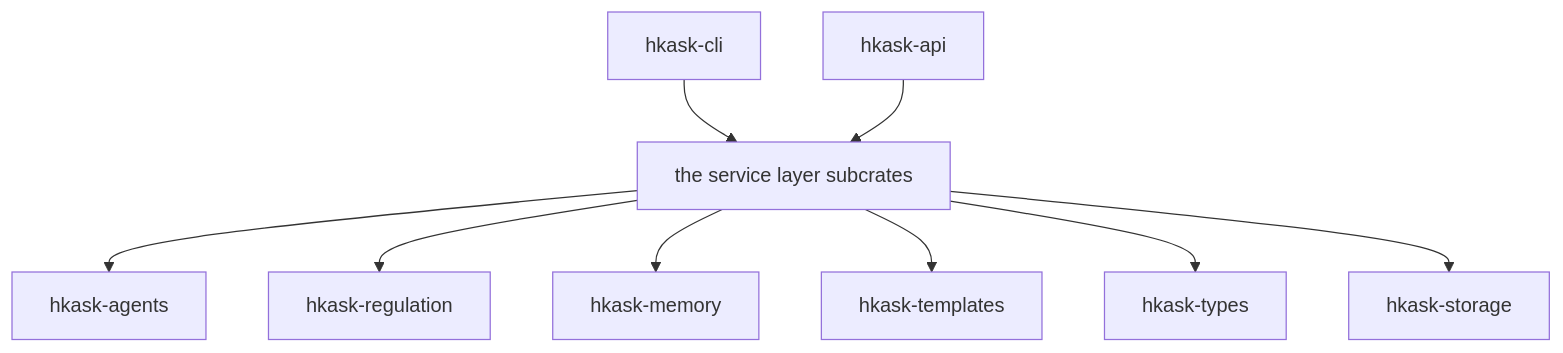
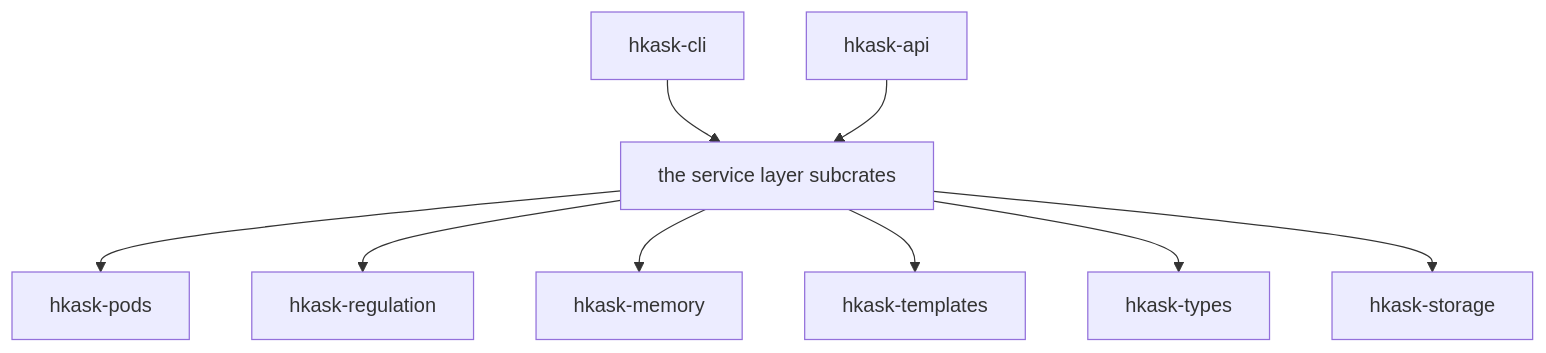
One commit to mdz-axo/hKask changed the first of 14 diagrams in docs/architecture/core/FUNCTIONAL_SPECIFICATION.md. Above: the diagram before and after it, drawn with Mermaid. The commit also changed other lines of this file and 37 other files, not shown here.

````diff
--- a/docs/architecture/core/FUNCTIONAL_SPECIFICATION.md
+++ b/docs/architecture/core/FUNCTIONAL_SPECIFICATION.md
@@ -132,14 +134,14 @@
 ```mermaid
 graph TD
     CLI["hkask-cli"]
     API["hkask-api"]
     SVC["the service layer subcrates"]
     CLI --> SVC
     API --> SVC
-    SVC --> AGENTS[hkask-agents]
+    SVC --> AGENTS[hkask-pods]
     SVC --> Regulation[hkask-regulation]
     SVC --> MEM[hkask-memory]
     SVC --> TEMPLATES[hkask-templates]
     SVC --> TYPES[hkask-types]
     SVC --> STORAGE[hkask-storage]
 ```
````
